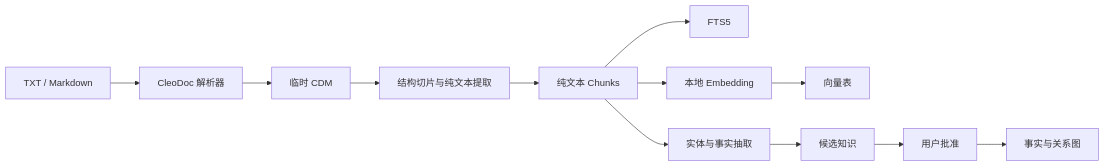
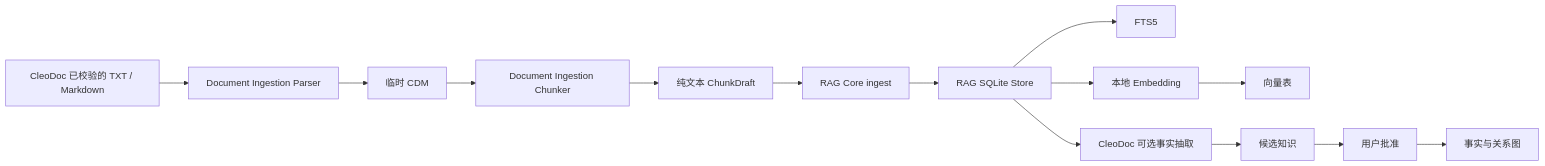
The fourth of 5 diagrams in docs/TECHNICAL_ARCHITECTURE.md (Mengman/CleoDoc), drawn with Mermaid before and after one commit. The commit also changed other lines of this file, not shown here.

Commit message:
更新架构文档，添加 RAG、CDM、文档解析三个模块的关系

````diff
--- a/docs/TECHNICAL_ARCHITECTURE.md
+++ b/docs/TECHNICAL_ARCHITECTURE.md
@@ -421,14 +499,16 @@
 ```mermaid
 flowchart LR
-    SOURCE["TXT / Markdown"] --> PARSE["CleoDoc 解析器"]
+    SOURCE["CleoDoc 已校验的 TXT / Markdown"] --> PARSE["Document Ingestion Parser"]
     PARSE --> CDM["临时 CDM"]
-    CDM --> CHUNK["结构切片与纯文本提取"]
-    CHUNK --> SQLITE["纯文本 Chunks"]
+    CDM --> CHUNKER["Document Ingestion Chunker"]
+    CHUNKER --> DRAFT["纯文本 ChunkDraft"]
+    DRAFT --> RAG["RAG Core ingest"]
+    RAG --> SQLITE["RAG SQLite Store"]
     SQLITE --> FTS["FTS5"]
     SQLITE --> EMBED["本地 Embedding"]
-    SQLITE --> EXTRACT["实体与事实抽取"]
+    SQLITE --> EXTRACT["CleoDoc 可选事实抽取"]
     EMBED --> VECTOR["向量表"]
     EXTRACT --> CANDIDATE["候选知识"]
     CANDIDATE --> APPROVE["用户批准"]
     APPROVE --> GRAPH["事实与关系图"]
 ```
````
